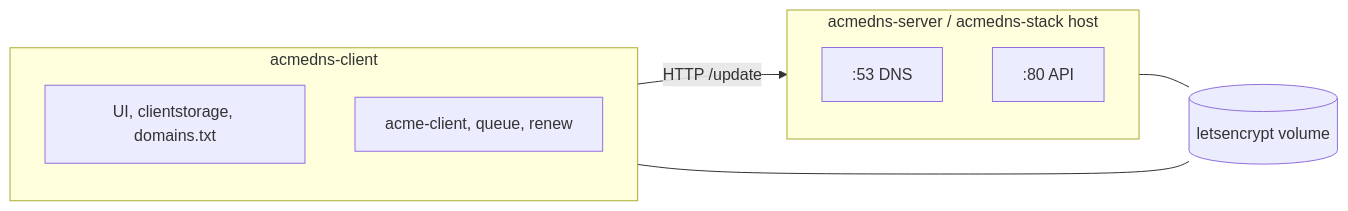
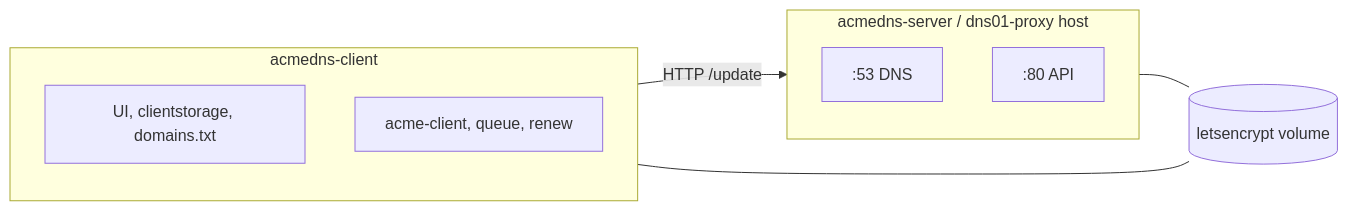
Before and after one commit to HariantoAtWork/dns01-proxy: the second of 3 diagrams in blog/from-two-services-to-one.md, drawn with Mermaid. The commit also changed other lines of this file and 485 other files, not shown here.

First line of the commit message:
Rename acmedns-stack to dns01-proxy and fix paths.

````diff
--- a/blog/from-two-services-to-one.md
+++ b/blog/from-two-services-to-one.md
@@ -136,20 +136,20 @@
 ```mermaid
 flowchart LR
-  subgraph server["acmedns-server / acmedns-stack host"]
+  subgraph server["acmedns-server / dns01-proxy host"]
     direction TB
     dns[":53 DNS"]
     api[":80 API"]
   end
 
   subgraph client["acmedns-client"]
     direction TB
     ui["UI, clientstorage, domains.txt"]
     acme["acme-client, queue, renew"]
   end
 
   vol[(letsencrypt volume)]
 
   client -->|HTTP /update| server
   server --- vol
   client --- vol
 ```
````
